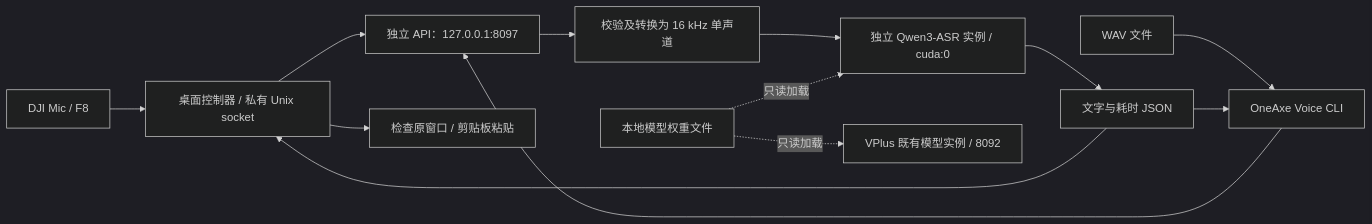
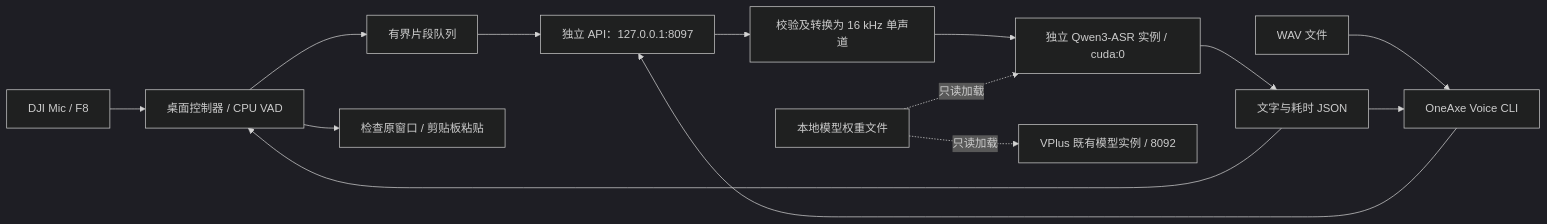
One commit to insky2017/oneaxe-voice changed the diagram in docs/architecture.md. Above: the diagram before and after it, drawn with Mermaid (dark theme). The commit also changed other lines of this file and 17 other files, not shown here.

````diff
--- a/docs/architecture.md
+++ b/docs/architecture.md
@@ -5,15 +5,16 @@
 ```mermaid
 flowchart LR
-    M[DJI Mic / F8] --> K[桌面控制器 / 私有 Unix socket]
-    K --> C
+    M[DJI Mic / F8] --> K[桌面控制器 / CPU VAD]
+    K --> Q[有界片段队列]
+    Q --> C
     A[WAV 文件] --> B[OneAxe Voice CLI]
     B --> C[独立 API：127.0.0.1:8097]
     C --> D[校验及转换为 16 kHz 单声道]
     D --> E[独立 Qwen3-ASR 实例 / cuda:0]
     E --> F[文字与耗时 JSON]
     F --> B
     F --> K
     K --> P[检查原窗口 / 剪贴板粘贴]
     W[本地模型权重文件] -.只读加载.-> E
     W -.只读加载.-> V[VPlus 既有模型实例 / 8092]
 ```
````
